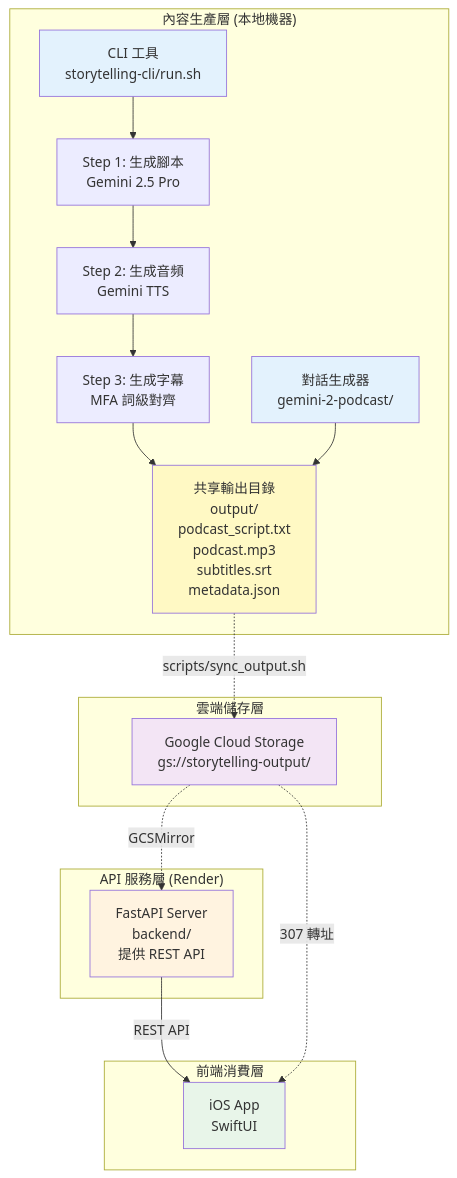
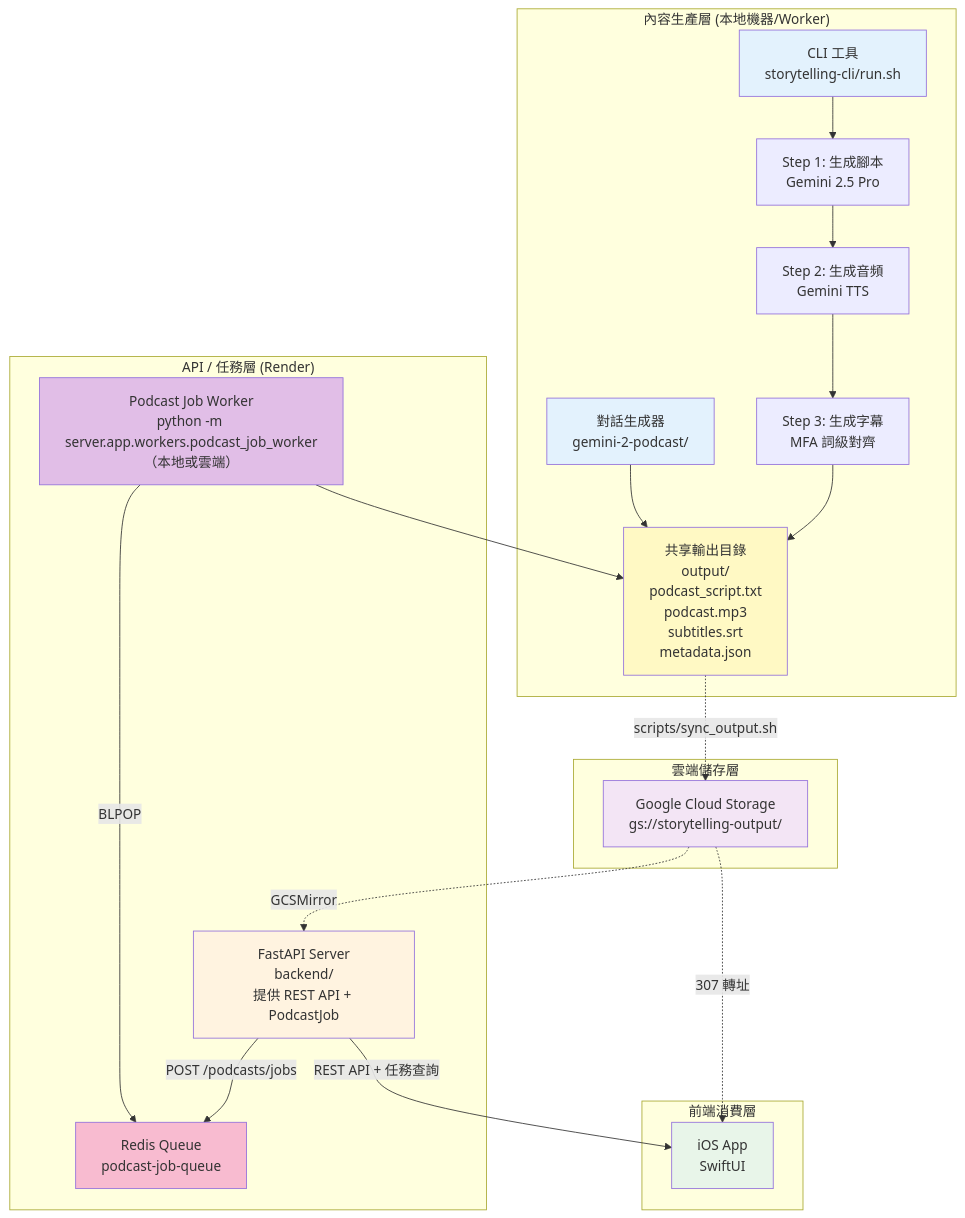
The first of 2 diagrams in README.md (MaxChen228/podcast-workspace), drawn with Mermaid before and after one commit. The commit also changed other lines of this file and 2 other files, not shown here.

Commit message:
docs: document job queue and worker flow

````diff
--- a/README.md
+++ b/README.md
@@ -29,40 +29,47 @@
 ```mermaid
 graph TB
-    subgraph "內容生產層 (本地機器)"
+    subgraph "內容生產層 (本地機器/Worker)"
         A1[CLI 工具<br/>storytelling-cli/run.sh]
         A2[對話生成器<br/>gemini-2-podcast/]
 
         A1_1[Step 1: 生成腳本<br/>Gemini 2.5 Pro]
         A1_2[Step 2: 生成音頻<br/>Gemini TTS]
         A1_3[Step 3: 生成字幕<br/>MFA 詞級對齊]
 
         A1 --> A1_1 --> A1_2 --> A1_3
         OUTPUT[共享輸出目錄<br/>output/<br/>podcast_script.txt<br/>podcast.mp3<br/>subtitles.srt<br/>metadata.json]
         A1_3 --> OUTPUT
         A2 --> OUTPUT
     end
 
     subgraph "雲端儲存層"
         GCS[Google Cloud Storage<br/>gs://storytelling-output/]
     end
 
-    subgraph "API 服務層 (Render)"
-        B[FastAPI Server<br/>backend/<br/>提供 REST API]
+    subgraph "API / 任務層 (Render)"
+        B[FastAPI Server<br/>backend/<br/>提供 REST API + PodcastJob]
+        Q[Redis Queue<br/>podcast-job-queue]
+        W[Podcast Job Worker<br/>python -m server.app.workers.podcast_job_worker<br/>（本地或雲端）]
+        B -->|POST /podcasts/jobs| Q
+        W -->|BLPOP| Q
+        W --> OUTPUT
     end
 
     subgraph "前端消費層"
         C[iOS App<br/>SwiftUI]
     end
 
     OUTPUT -.->|scripts/sync_output.sh| GCS
     GCS -.->|GCSMirror| B
-    B -->|REST API| C
+    B -->|REST API + 任務查詢| C
     GCS -.->|307 轉址| C
 
     style A1 fill:#e3f2fd
     style A2 fill:#e3f2fd
     style OUTPUT fill:#fff9c4
     style GCS fill:#f3e5f5
     style B fill:#fff3e0
+    style Q fill:#f8bbd0
+    style W fill:#e1bee7
     style C fill:#e8f5e9
 ```
````
